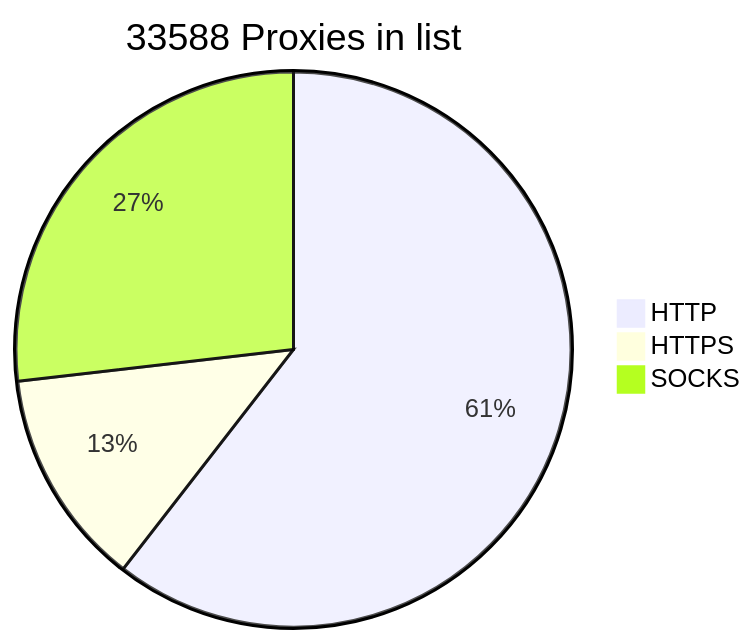
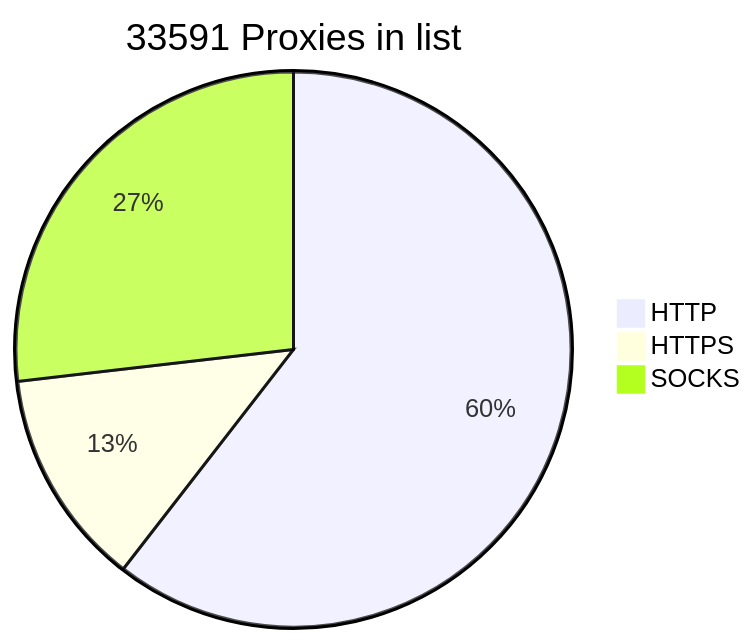
Before and after one commit to BlackSnowDot/proxylist-update-every-minute: the diagram in README.md, drawn with Mermaid.

````diff
--- a/README.md
+++ b/README.md
@@ -2,6 +2,6 @@
 ```mermaid
-pie title 33588 Proxies in list
+pie title 33591 Proxies in list
     "HTTP" : 22511
     "HTTPS": 4713
-    "SOCKS" : 9982
+    "SOCKS" : 9985
 ```
````
